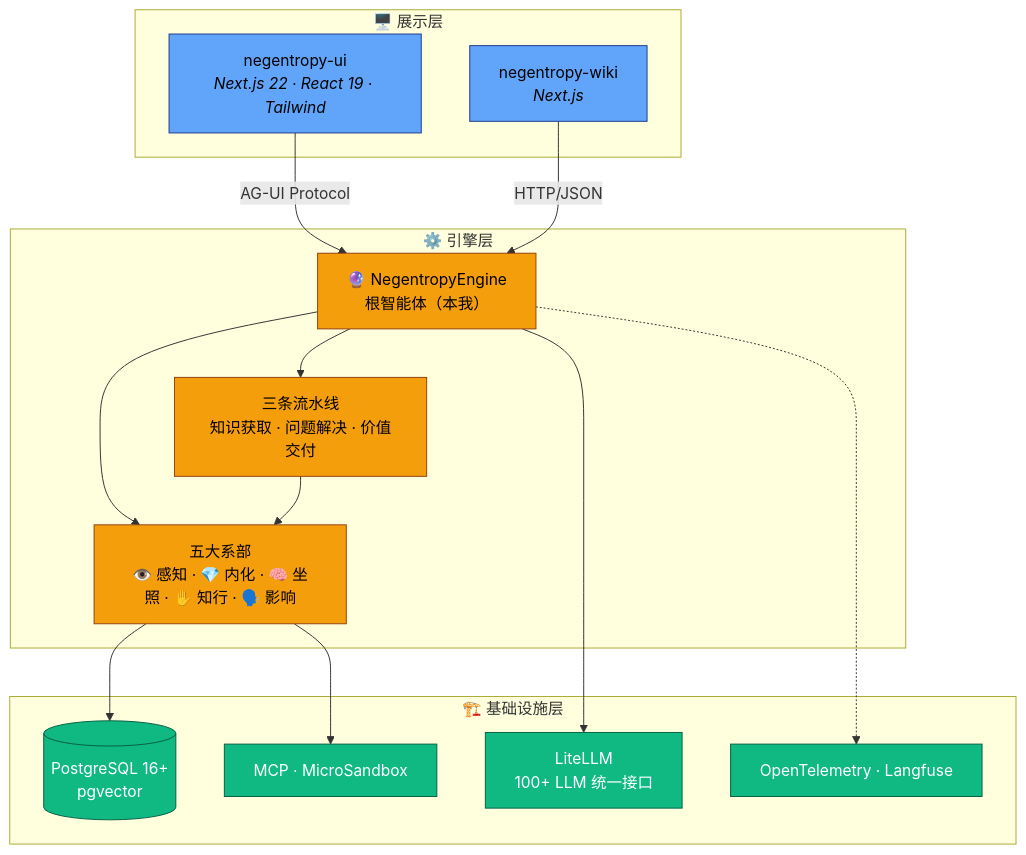
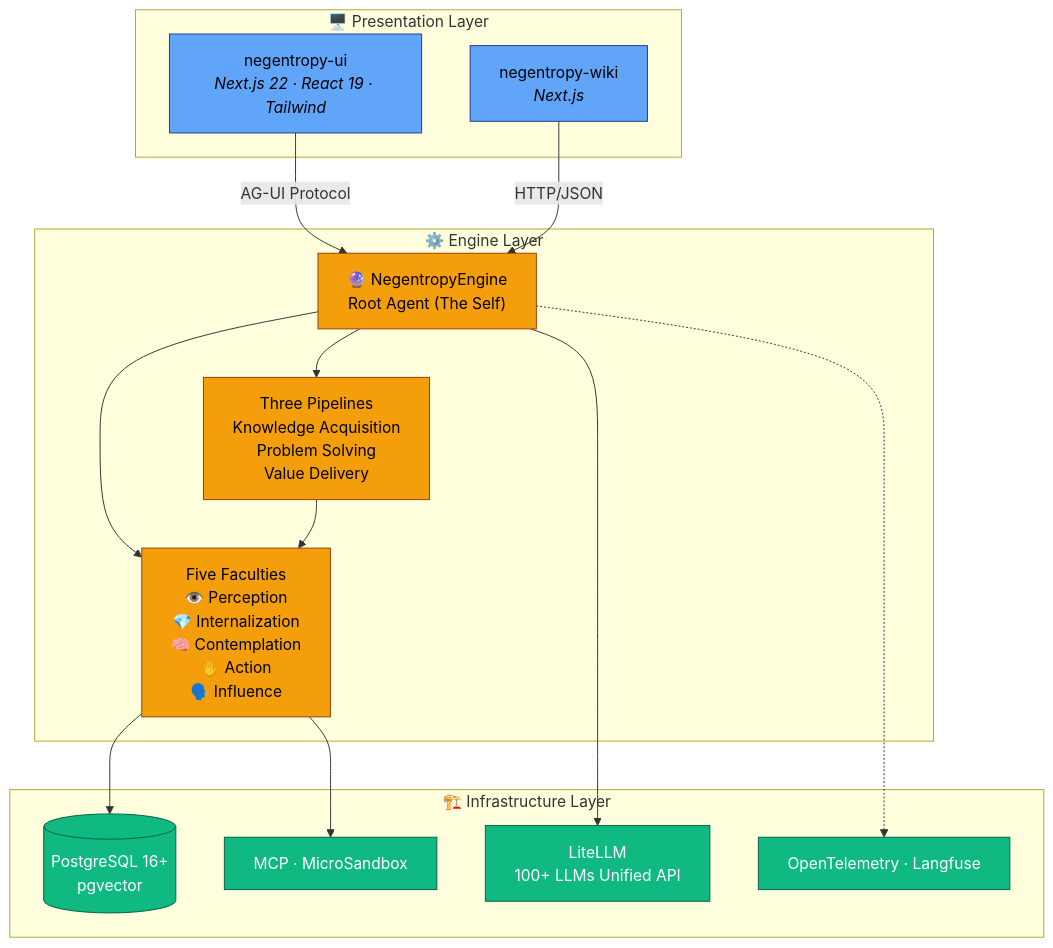
The second of 2 diagrams in README.md (ThreeFish-AI/negentropy), drawn with Mermaid before and after one commit. The commit also changed other lines of this file and 1 other file, not shown here.

````diff
--- a/README.md
+++ b/README.md
@@ -144,38 +156,38 @@
 ```mermaid
 graph TB
-    subgraph Presentation["🖥️ 展示层"]
+    subgraph Presentation["🖥️ Presentation Layer"]
         UI["negentropy-ui<br/><i>Next.js 22 · React 19 · Tailwind</i>"]
         Wiki["negentropy-wiki<br/><i>Next.js</i>"]
     end
 
-    subgraph Engine["⚙️ 引擎层"]
-        Root["🔮 NegentropyEngine<br/>根智能体（本我）"]
-        Faculties["五大系部<br/>👁️ 感知 · 💎 内化 · 🧠 坐照 · ✋ 知行 · 🗣️ 影响"]
-        Pipelines["三条流水线<br/>知识获取 · 问题解决 · 价值交付"]
+    subgraph Engine["⚙️ Engine Layer"]
+        Root["🔮 NegentropyEngine<br/>Root Agent (The Self)"]
+        Faculties["Five Faculties<br/>👁️ Perception <br> 💎 Internalization <br> 🧠 Contemplation <br> ✋ Action <br> 🗣️ Influence"]
+        Pipelines["Three Pipelines<br/>Knowledge Acquisition <br> Problem Solving <br> Value Delivery"]
     end
 
-    subgraph Infra["🏗️ 基础设施层"]
+    subgraph Infra["🏗️ Infrastructure Layer"]
         DB[("PostgreSQL 16+<br/>pgvector")]
-        LLM["LiteLLM<br/>100+ LLM 统一接口"]
+        LLM["LiteLLM<br/>100+ LLMs Unified API"]
         OTel["OpenTelemetry · Langfuse"]
         Sandbox["MCP · MicroSandbox"]
     end
 
     UI -->|"AG-UI Protocol"| Root
     Wiki -->|"HTTP/JSON"| Root
     Root --> Faculties
     Root --> Pipelines
     Pipelines --> Faculties
     Faculties --> DB
     Faculties --> Sandbox
     Root --> LLM
     Root -.-> OTel
 
     classDef pres fill:#60A5FA,stroke:#1E3A8A,color:#000
     classDef eng fill:#F59E0B,stroke:#92400E,color:#000
     classDef infra fill:#10B981,stroke:#065F46,color:#FFF
 
     class UI,Wiki pres
     class Root,Faculties,Pipelines eng
     class DB,LLM,OTel,Sandbox infra
 ```
````
